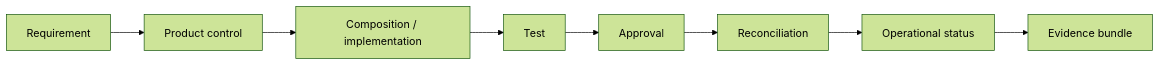
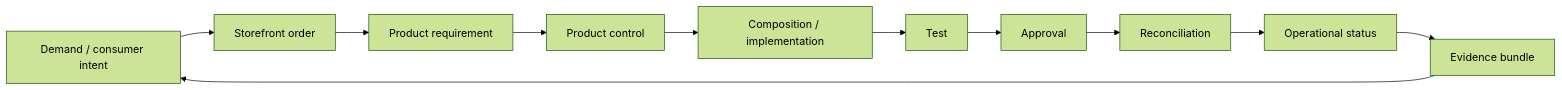
The third of 3 diagrams in docs/architecture/product-control-plane.md (SAABOLImpactVenture/ai-powered-infrastructure-as-a-product), drawn with Mermaid (forest theme) before and after one commit. The commit also changed other lines of this file and 3 other files, not shown here.

First line of the commit message:
Add Backstage as the bounded infrastructure-product storefront (#97)

````diff
--- a/docs/architecture/product-control-plane.md
+++ b/docs/architecture/product-control-plane.md
@@ -95,10 +178,13 @@
 ```mermaid
 flowchart LR
-  R[Requirement] --> C[Product control]
+  D[Demand / consumer intent] --> O[Storefront order]
+  O --> R[Product requirement]
+  R --> C[Product control]
   C --> I[Composition / implementation]
   I --> T[Test]
   T --> A[Approval]
   A --> X[Reconciliation]
   X --> S[Operational status]
   S --> E[Evidence bundle]
+  E --> D
 ```
````
